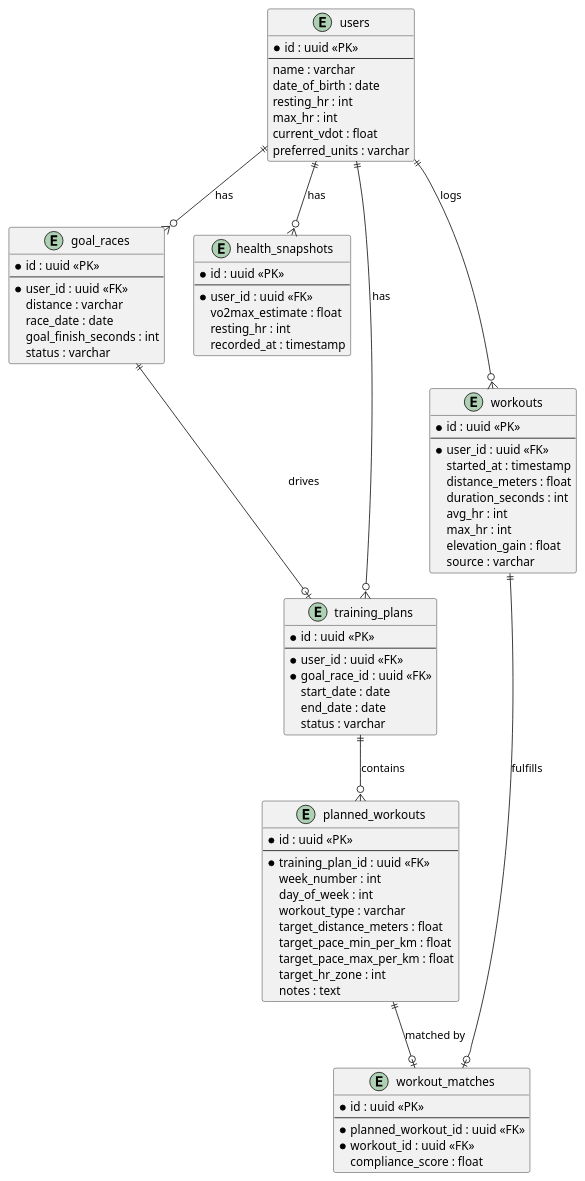
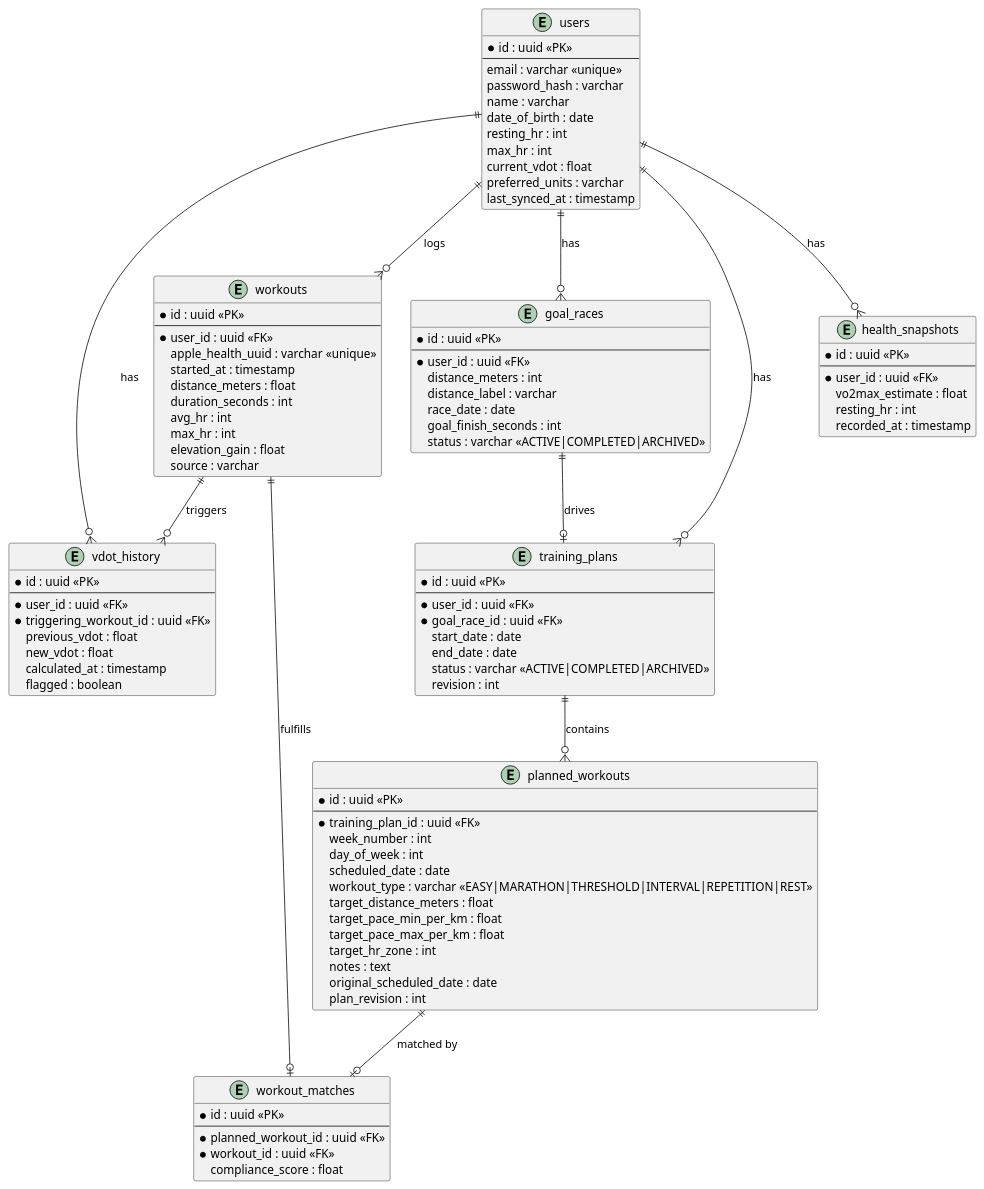
The diagram in docs/superpowers/specs/2026-03-24-run-planner-design.md (ajones8131/run-planner), drawn with PlantUML before and after one commit. The commit also changed other lines of this file, not shown here.

````diff
--- a/docs/superpowers/specs/2026-03-24-run-planner-design.md
+++ b/docs/superpowers/specs/2026-03-24-run-planner-design.md
@@ -69,22 +83,26 @@
 entity users {
     * id : uuid <<PK>>
     --
+    email : varchar <<unique>>
+    password_hash : varchar
     name : varchar
     date_of_birth : date
     resting_hr : int
     max_hr : int
     current_vdot : float
     preferred_units : varchar
+    last_synced_at : timestamp
 }
 
 entity goal_races {
     * id : uuid <<PK>>
     --
     * user_id : uuid <<FK>>
-    distance : varchar
+    distance_meters : int
+    distance_label : varchar
     race_date : date
     goal_finish_seconds : int
-    status : varchar
+    status : varchar <<ACTIVE|COMPLETED|ARCHIVED>>
 }
 
 entity health_snapshots {
@@ -100,6 +118,7 @@
     * id : uuid <<PK>>
     --
     * user_id : uuid <<FK>>
+    apple_health_uuid : varchar <<unique>>
     started_at : timestamp
     distance_meters : float
     duration_seconds : int
@@ -109,6 +128,17 @@
     source : varchar
 }
 
+entity vdot_history {
+    * id : uuid <<PK>>
+    --
+    * user_id : uuid <<FK>>
+    * triggering_workout_id : uuid <<FK>>
+    previous_vdot : float
+    new_vdot : float
+    calculated_at : timestamp
+    flagged : boolean
+}
+
 entity training_plans {
     * id : uuid <<PK>>
     --
@@ -116,7 +146,8 @@
     * goal_race_id : uuid <<FK>>
     start_date : date
     end_date : date
-    status : varchar
+    status : varchar <<ACTIVE|COMPLETED|ARCHIVED>>
+    revision : int
 }
 
 entity planned_workouts {
@@ -125,12 +156,15 @@
     * training_plan_id : uuid <<FK>>
     week_number : int
     day_of_week : int
-    workout_type : varchar
+    scheduled_date : date
+    workout_type : varchar <<EASY|MARATHON|THRESHOLD|INTERVAL|REPETITION|REST>>
     target_distance_meters : float
     target_pace_min_per_km : float
     target_pace_max_per_km : float
     target_hr_zone : int
     notes : text
+    original_scheduled_date : date
+    plan_revision : int
 }
 
 entity workout_matches {
@@ -145,9 +179,11 @@
 users ||--o{ health_snapshots : "has"
 users ||--o{ workouts : "logs"
 users ||--o{ training_plans : "has"
+users ||--o{ vdot_history : "has"
 goal_races ||--o| training_plans : "drives"
 training_plans ||--o{ planned_workouts : "contains"
 planned_workouts ||--o| workout_matches : "matched by"
 workouts ||--o| workout_matches : "fulfills"
+workouts ||--o{ vdot_history : "triggers"
 @enduml
 ```
````
